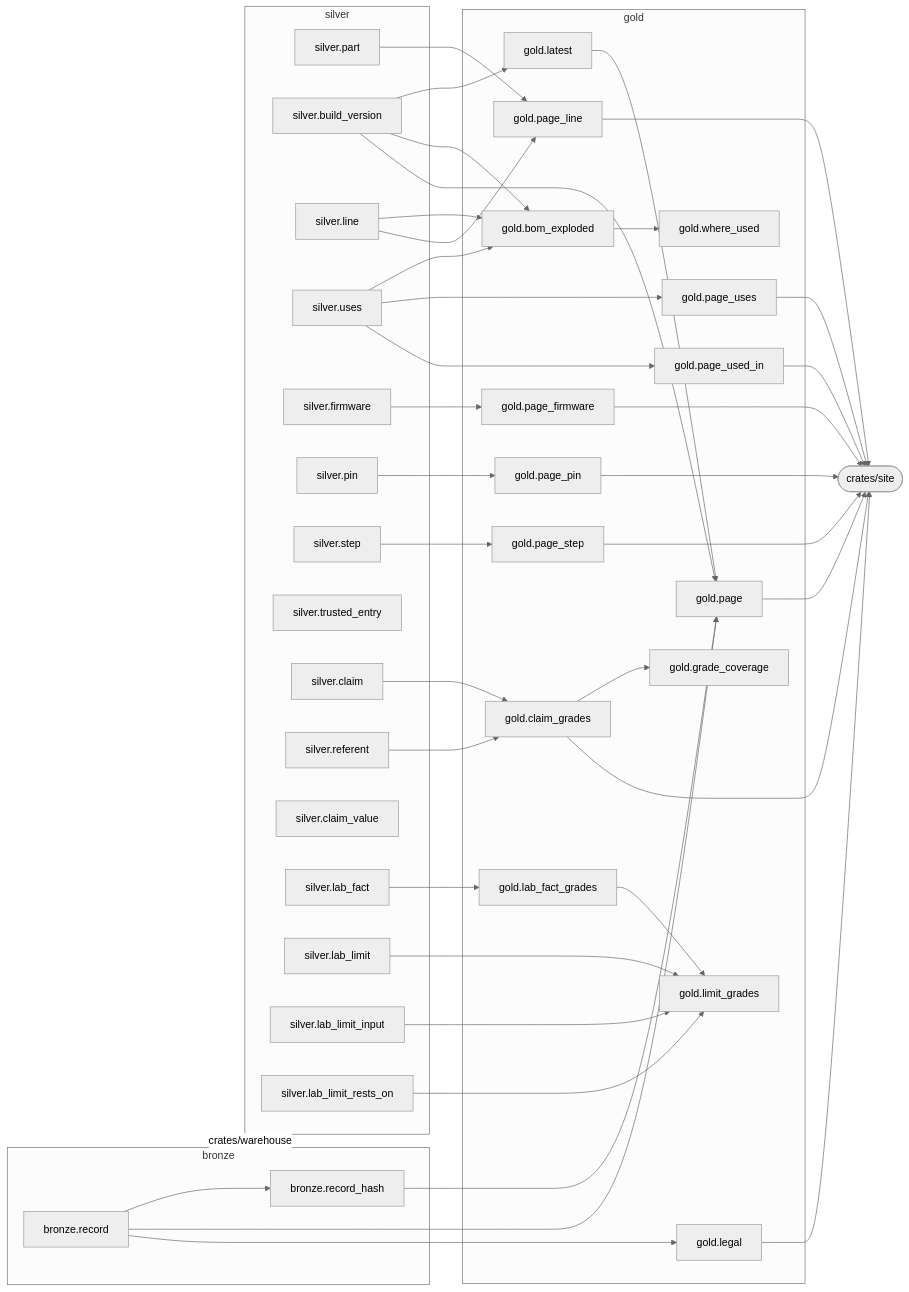
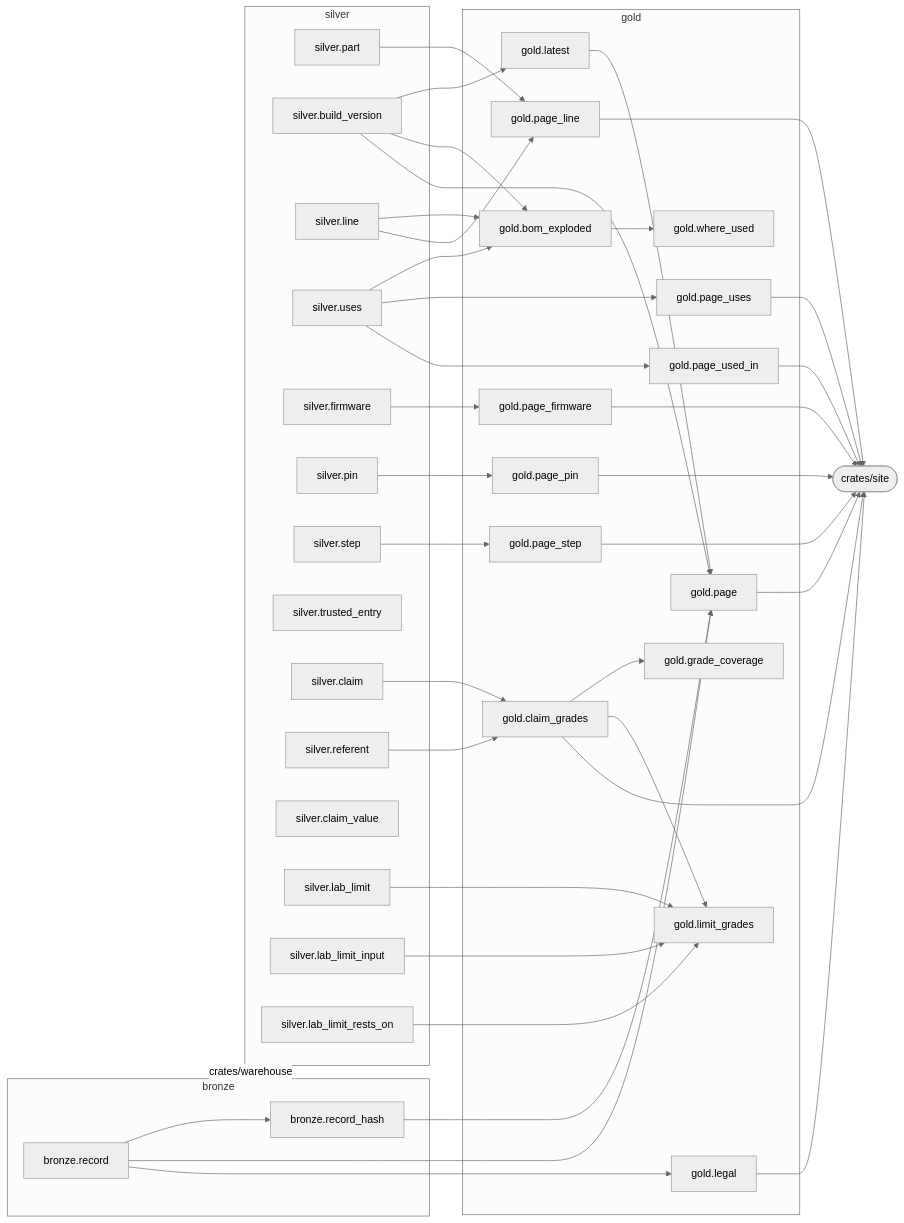
Before and after one commit to via-balaena/tentzhen: the diagram in docs/data-catalogue.md, drawn with Mermaid (neutral theme). The commit also changed other lines of this file and 11 other files, not shown here.

First line of the commit message:
Lab: limits rest on claims on parts, and the [fact.*] tables go (#23)

````diff
--- a/docs/data-catalogue.md
+++ b/docs/data-catalogue.md
@@ -13,78 +13,75 @@
 ```mermaid
 flowchart LR
   subgraph bronze
     bronze_record["bronze.record"]
     bronze_record_hash["bronze.record_hash"]
   end
   subgraph silver
     silver_part["silver.part"]
     silver_build_version["silver.build_version"]
     silver_line["silver.line"]
     silver_uses["silver.uses"]
     silver_firmware["silver.firmware"]
     silver_pin["silver.pin"]
     silver_step["silver.step"]
     silver_trusted_entry["silver.trusted_entry"]
     silver_claim["silver.claim"]
     silver_referent["silver.referent"]
     silver_claim_value["silver.claim_value"]
-    silver_lab_fact["silver.lab_fact"]
     silver_lab_limit["silver.lab_limit"]
     silver_lab_limit_input["silver.lab_limit_input"]
     silver_lab_limit_rests_on["silver.lab_limit_rests_on"]
   end
   subgraph gold
     gold_latest["gold.latest"]
     gold_claim_grades["gold.claim_grades"]
     gold_grade_coverage["gold.grade_coverage"]
     gold_bom_exploded["gold.bom_exploded"]
     gold_where_used["gold.where_used"]
-    gold_lab_fact_grades["gold.lab_fact_grades"]
     gold_limit_grades["gold.limit_grades"]
     gold_page["gold.page"]
     gold_page_line["gold.page_line"]
     gold_page_uses["gold.page_uses"]
     gold_page_used_in["gold.page_used_in"]
     gold_page_firmware["gold.page_firmware"]
     gold_page_pin["gold.page_pin"]
     gold_page_step["gold.page_step"]
     gold_legal["gold.legal"]
   end
   bronze -. crates/warehouse .-> silver
   bronze_record --> bronze_record_hash
   silver_build_version --> gold_latest
   silver_claim --> gold_claim_grades
   silver_referent --> gold_claim_grades
   gold_claim_grades --> gold_grade_coverage
   silver_build_version --> gold_bom_exploded
   silver_line --> gold_bom_exploded
   silver_uses --> gold_bom_exploded
   gold_bom_exploded --> gold_where_used
-  silver_lab_fact --> gold_lab_fact_grades
-  gold_lab_fact_grades --> gold_limit_grades
+  gold_claim_grades --> gold_limit_grades
   silver_lab_limit --> gold_limit_grades
   silver_lab_limit_input --> gold_limit_grades
   silver_lab_limit_rests_on --> gold_limit_grades
   bronze_record --> gold_page
   bronze_record_hash --> gold_page
   gold_latest --> gold_page
   silver_build_version --> gold_page
   silver_line --> gold_page_line
   silver_part --> gold_page_line
   silver_uses --> gold_page_uses
   silver_uses --> gold_page_used_in
   silver_firmware --> gold_page_firmware
   silver_pin --> gold_page_pin
   silver_step --> gold_page_step
   bronze_record --> gold_legal
   crates_site(["crates/site"])
   gold_claim_grades --> crates_site
   gold_page --> crates_site
   gold_page_line --> crates_site
   gold_page_uses --> crates_site
   gold_page_used_in --> crates_site
   gold_page_firmware --> crates_site
   gold_page_pin --> crates_site
   gold_page_step --> crates_site
   gold_legal --> crates_site
 ```
````
